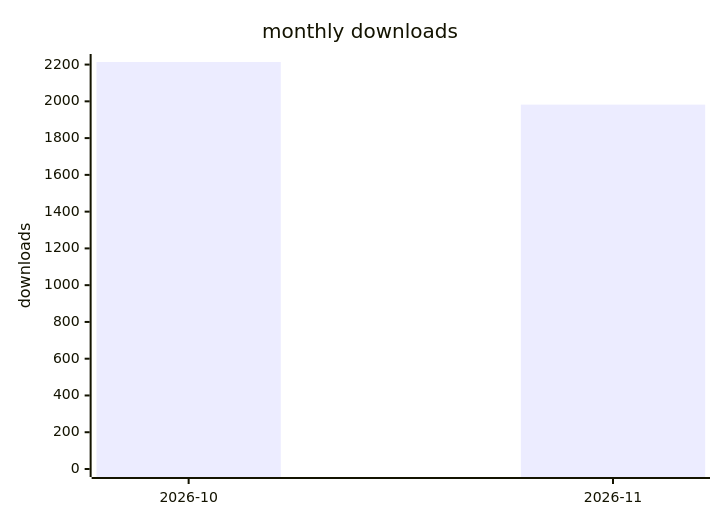
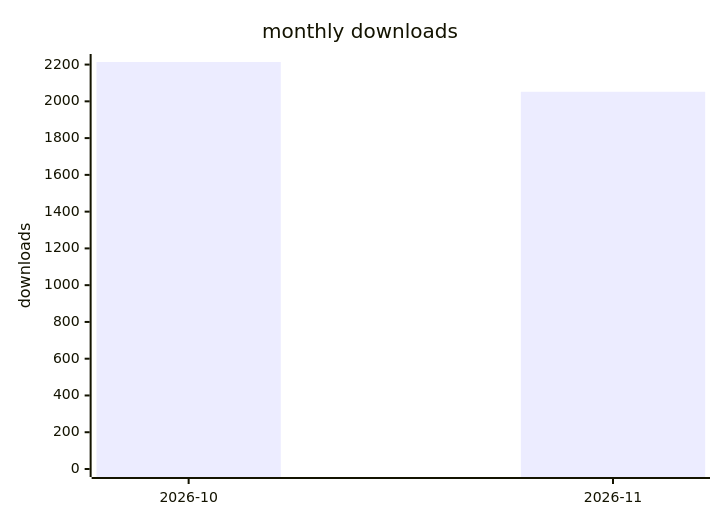
One commit to terry2010/dsh-rss-news-daily changed the second of 2 diagrams in docs/downloads-2026.md. Above: the diagram before and after it, drawn with Mermaid. The commit also changed other lines of this file and 1 other file, not shown here.

````diff
--- a/docs/downloads-2026.md
+++ b/docs/downloads-2026.md
@@ -29,7 +29,7 @@
 ```mermaid
 xychart-beta
     title "monthly downloads"
     x-axis ["2026-10", "2026-11"]
     y-axis "downloads" 0 --> 2214
-    bar [2214, 1982]
+    bar [2214, 2052]
 ```
````
